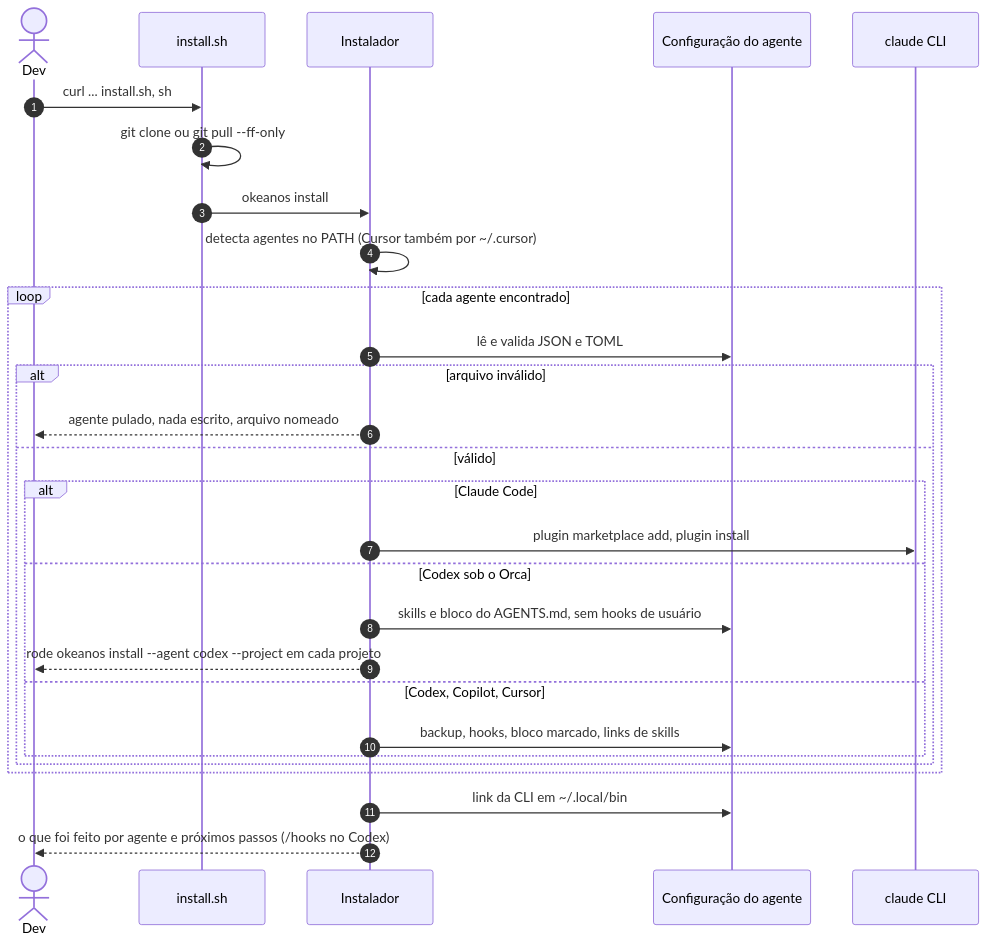
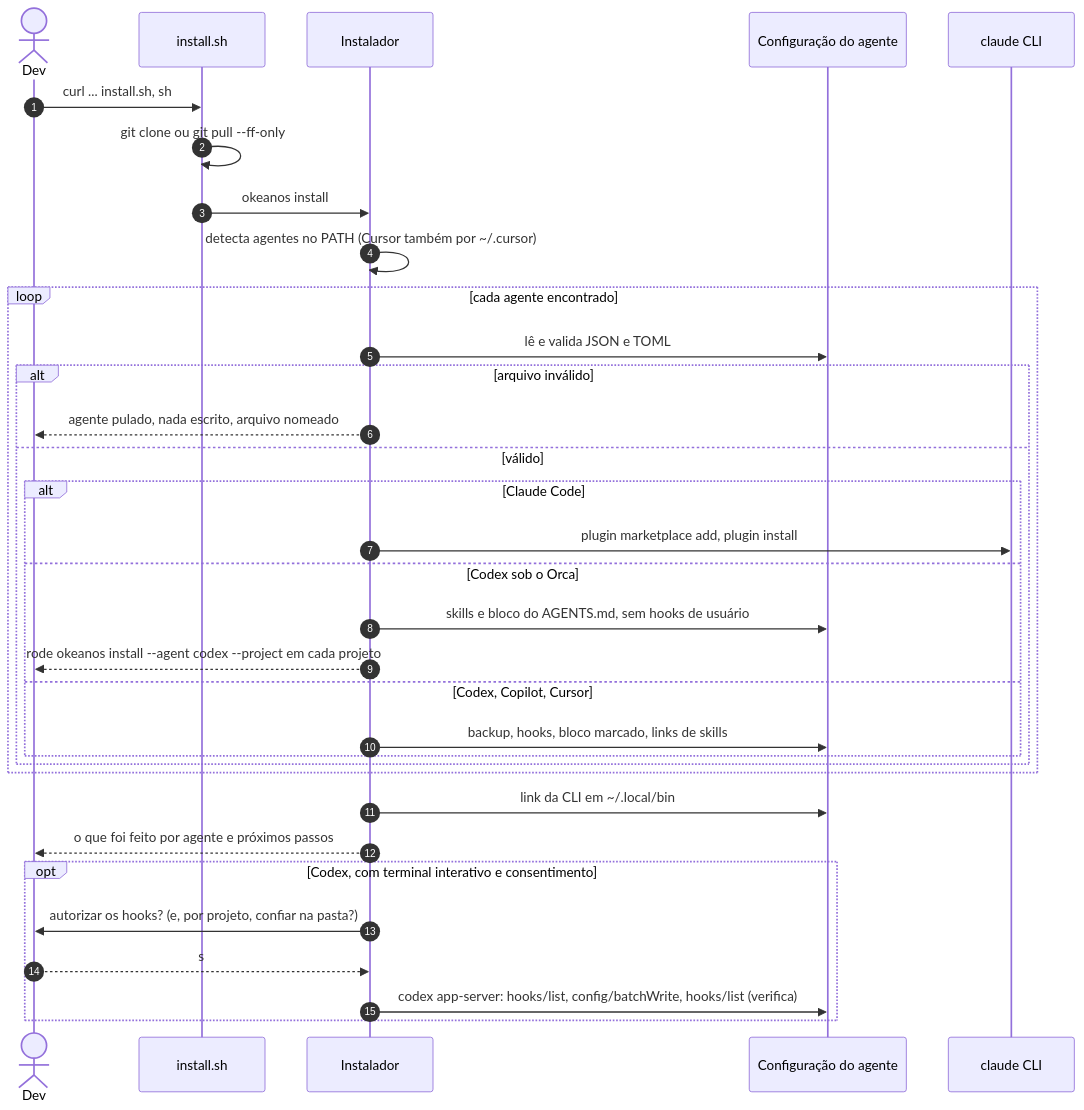
One commit to mateusblm/okeanos-agent changed the eighth of 10 diagrams in docs/architecture.md. Above: the diagram before and after it, drawn with Mermaid. The commit also changed other lines of this file and 1 other file, not shown here.

Commit message:
release: 1.1.0, consented Codex hook and folder trust at install

````diff
--- a/docs/architecture.md
+++ b/docs/architecture.md
@@ -410,31 +410,36 @@
 ```mermaid
 sequenceDiagram
   autonumber
   actor Dev
   participant Boot as install.sh
   participant Inst as Instalador
   participant Conf as Configuração do agente
   participant Claude as claude CLI
 
   Dev->>Boot: curl ... install.sh, sh
   Boot->>Boot: git clone ou git pull --ff-only
   Boot->>Inst: okeanos install
   Inst->>Inst: detecta agentes no PATH (Cursor também por ~/.cursor)
   loop cada agente encontrado
     Inst->>Conf: lê e valida JSON e TOML
     alt arquivo inválido
       Inst-->>Dev: agente pulado, nada escrito, arquivo nomeado
     else válido
       alt Claude Code
         Inst->>Claude: plugin marketplace add, plugin install
       else Codex sob o Orca
         Inst->>Conf: skills e bloco do AGENTS.md, sem hooks de usuário
         Inst-->>Dev: rode okeanos install --agent codex --project em cada projeto
       else Codex, Copilot, Cursor
         Inst->>Conf: backup, hooks, bloco marcado, links de skills
       end
     end
   end
   Inst->>Conf: link da CLI em ~/.local/bin
-  Inst-->>Dev: o que foi feito por agente e próximos passos (/hooks no Codex)
+  Inst-->>Dev: o que foi feito por agente e próximos passos
+  opt Codex, com terminal interativo e consentimento
+    Inst->>Dev: autorizar os hooks? (e, por projeto, confiar na pasta?)
+    Dev-->>Inst: s
+    Inst->>Conf: codex app-server: hooks/list, config/batchWrite, hooks/list (verifica)
+  end
 ```
````
